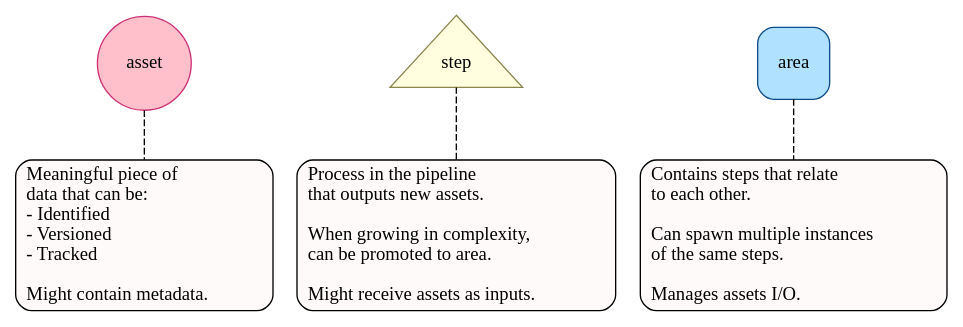
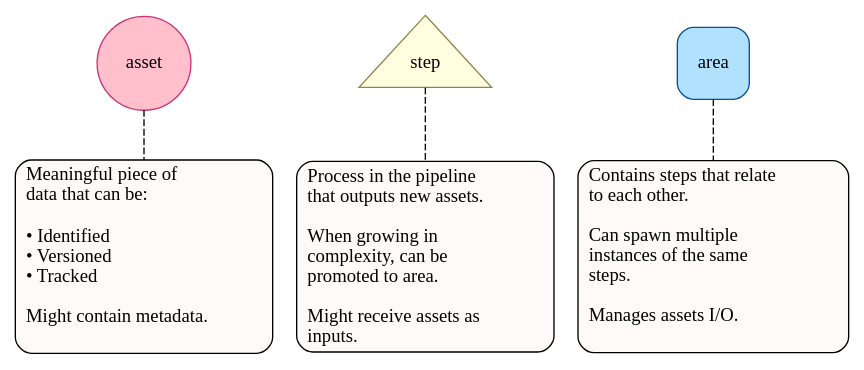
One commit to thegrill/grill changed the diagram in docs/source/core_concepts.dot. Above: the diagram before and after it, drawn with Graphviz. The commit also changed 4 other files, not shown here.

First line of the commit message:
Creation flowchart (#6)

```diff
--- a/docs/source/core_concepts.dot
+++ b/docs/source/core_concepts.dot
@@ -1,22 +1,22 @@
 graph model {
     bgcolor=invis
     asset [shape=circle fillcolor=pink style=filled color=violetred3]
-    asset_description [shape=record style="rounded,filled" fillcolor=snow label="Meaningful piece of\ldata that can be:\l
-        - Identified\l
-        - Versioned\l
-        - Tracked\l
-        \lMight contain metadata.\l"]
+    asset_description [shape=record style="rounded,filled" fillcolor=snow label="Meaningful piece of\ldata that can be:\l\l
+        • Identified\l
+        • Versioned\l
+        • Tracked\l
+        \lMight contain metadata.\l\l"]
     asset -- asset_description [style=dashed]
 
     step [shape=triangle height=1 fillcolor=lightyellow style=filled color=khaki4]
     step_description [shape=record style="rounded,filled" fillcolor=snow label="Process in the pipeline\lthat outputs new assets.\l
-        \lWhen growing in complexity,\lcan be promoted to area.\l
-        \lMight receive assets as inputs.\l"]
+        \lWhen growing in\lcomplexity, can be\lpromoted to area.\l
+        \lMight receive assets as\linputs.\l"]
     step -- step_description [style=dashed]
 
     area [shape=box height=.75 fillcolor=lightskyblue1 color=dodgerblue4 style="filled,rounded"]
     area_description [shape=record style="rounded,filled" fillcolor=snow label="Contains steps that relate\lto each other.\l
-        \lCan spawn multiple instances\lof the same steps.\l
-        \lManages assets I/O.\l"]
+        \lCan spawn multiple\linstances of the same\lsteps.\l
+        \lManages assets I/O.\l\l"]
     area -- area_description [style=dashed]
 }
```
